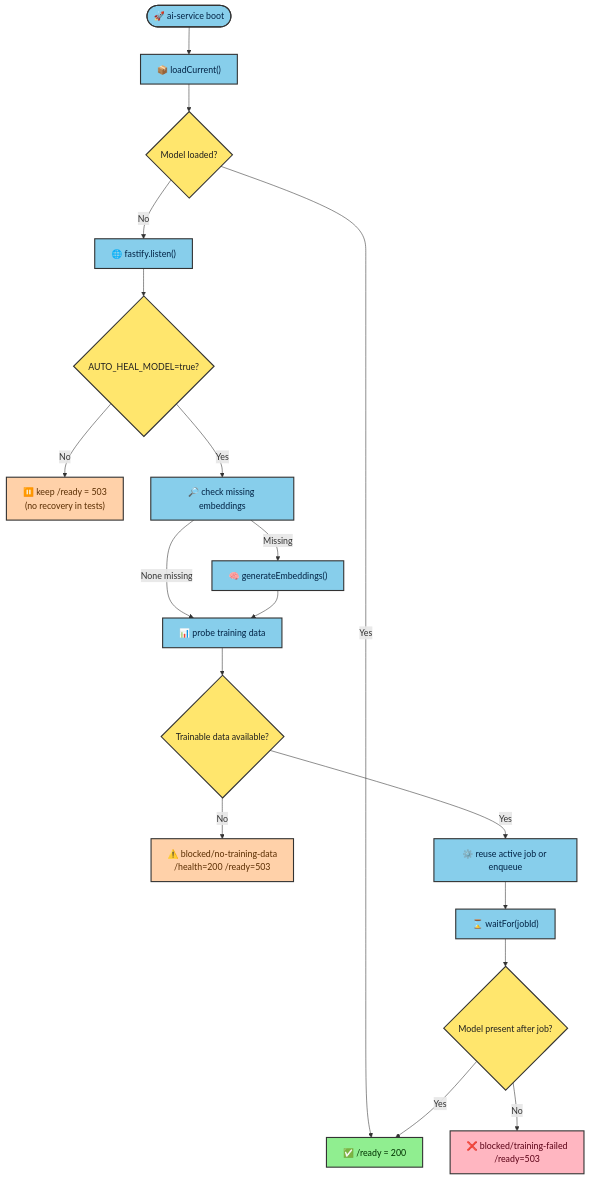
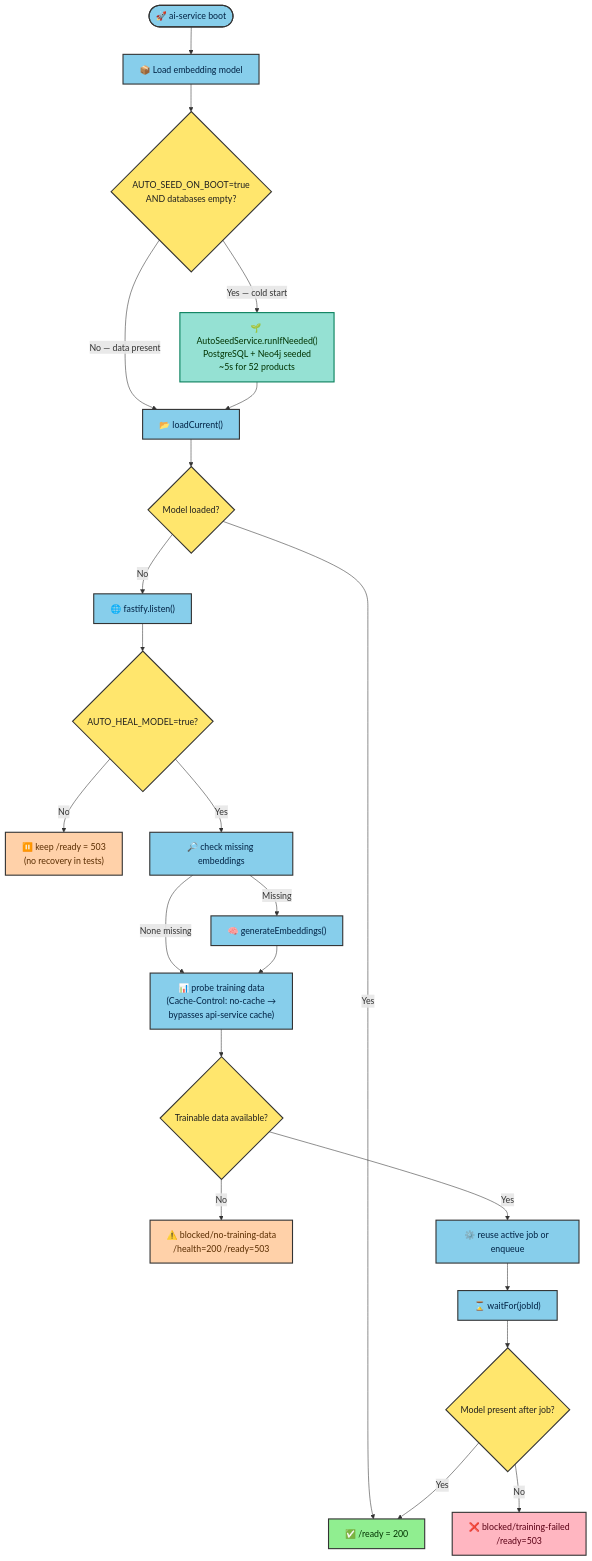
The second of 11 diagrams in README.md (gabrielgrillorosa/smart-marketplace-recommender), drawn with Mermaid before and after one commit. The commit also changed other lines of this file and 15 other files, not shown here.

````diff
--- a/README.md
+++ b/README.md
@@ -150,32 +163,38 @@
 ```mermaid
 flowchart TD
-    BOOT([🚀 ai-service boot]) --> LOAD["📦 loadCurrent()"]
+    BOOT([🚀 ai-service boot]) --> LOAD_EMB["📦 Load embedding model"]
+    LOAD_EMB --> SEED_CHECK{"AUTO_SEED_ON_BOOT=true\nAND databases empty?"}
+    SEED_CHECK -->|"Yes — cold start"| AUTOSEED["🌱 AutoSeedService.runIfNeeded()\nPostgreSQL + Neo4j seeded\n~5s for 52 products"]
+    SEED_CHECK -->|"No — data present"| LOAD["📂 loadCurrent()"]
+    AUTOSEED --> LOAD
     LOAD --> HAS_MODEL{"Model loaded?"}
     HAS_MODEL -->|Yes| READY_OK["✅ /ready = 200"]
     HAS_MODEL -->|No| LISTEN["🌐 fastify.listen()"]
     LISTEN --> FLAG{"AUTO_HEAL_MODEL=true?"}
     FLAG -->|No| UNREADY["⏸️ keep /ready = 503\n(no recovery in tests)"]
     FLAG -->|Yes| MISS["🔎 check missing embeddings"]
     MISS -->|Missing| GEN["🧠 generateEmbeddings()"]
-    MISS -->|None missing| PROBE["📊 probe training data"]
+    MISS -->|None missing| PROBE["📊 probe training data\n(Cache-Control: no-cache →\nbypasses api-service cache)"]
     GEN --> PROBE
     PROBE --> DATA{"Trainable data available?"}
     DATA -->|No| BLOCKED["⚠️ blocked/no-training-data\n/health=200 /ready=503"]
     DATA -->|Yes| JOB["⚙️ reuse active job or enqueue"]
     JOB --> WAIT["⌛ waitFor(jobId)"]
     WAIT --> MODEL_OK{"Model present after job?"}
     MODEL_OK -->|No| FAIL["❌ blocked/training-failed\n/ready=503"]
     MODEL_OK -->|Yes| READY_OK
 
     classDef process fill:#87CEEB,stroke:#333,stroke-width:2px,color:#002244
+    classDef seed fill:#95E1D3,stroke:#087F5B,stroke-width:2px,color:#003300
     classDef decision fill:#FFE66D,stroke:#333,stroke-width:2px,color:#1F1F1F
     classDef success fill:#90EE90,stroke:#333,stroke-width:2px,color:#003300
     classDef warning fill:#FFD1A9,stroke:#333,stroke-width:2px,color:#5A2D00
     classDef failure fill:#FFB6C1,stroke:#333,stroke-width:2px,color:#5A0015
 
-    class BOOT,LOAD,LISTEN,MISS,GEN,PROBE,JOB,WAIT process
-    class HAS_MODEL,FLAG,DATA,MODEL_OK decision
+    class BOOT,LOAD_EMB,LOAD,LISTEN,MISS,GEN,PROBE,JOB,WAIT process
+    class AUTOSEED seed
+    class SEED_CHECK,HAS_MODEL,FLAG,DATA,MODEL_OK decision
     class READY_OK success
     class UNREADY,BLOCKED warning
     class FAIL failure
 ```
````
